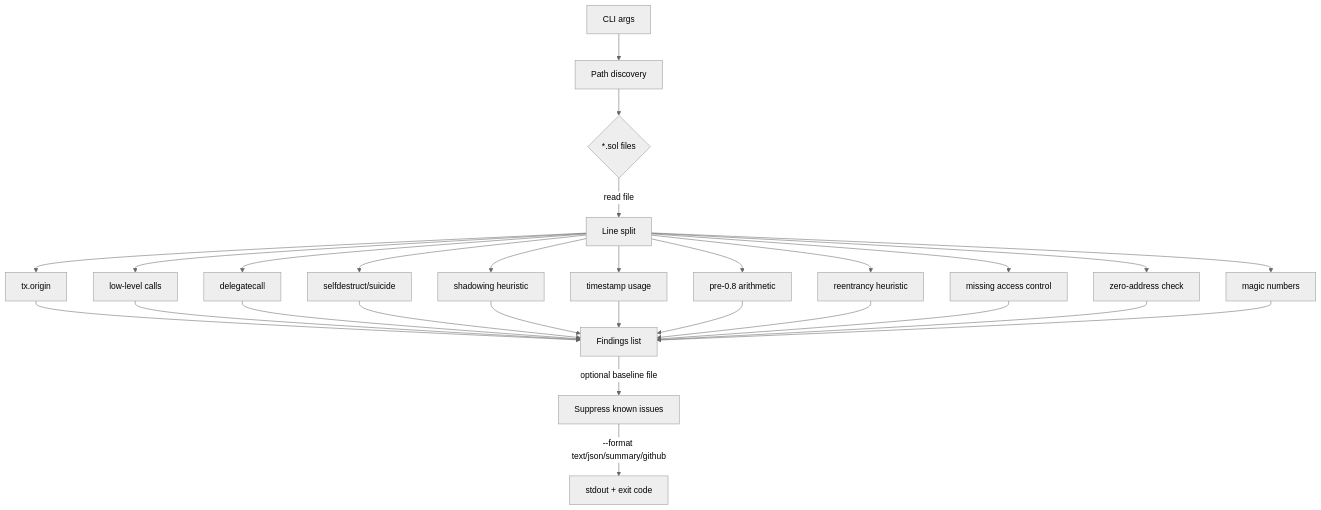
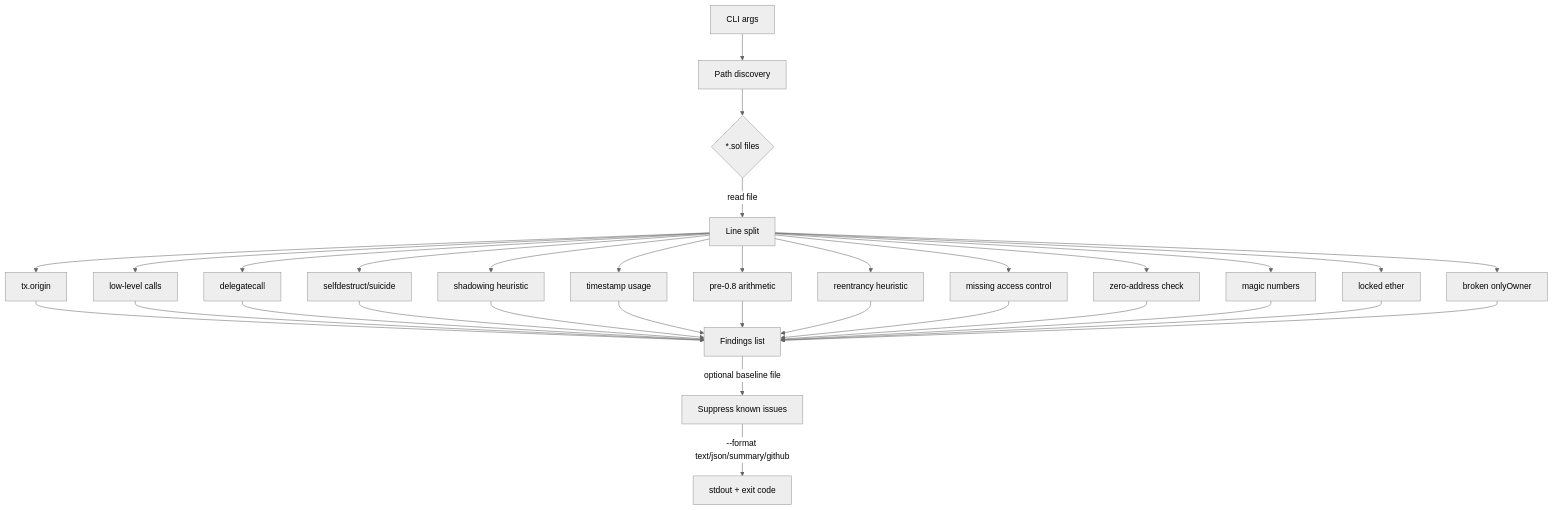
One commit to SibghatUllah1997/audit-agent-py changed the diagram in README.md. Above: the diagram before and after it, drawn with Mermaid (neutral theme). The commit also changed other lines of this file and 3 other files, not shown here.

````diff
--- a/README.md
+++ b/README.md
@@ -229,20 +234,22 @@
 ```mermaid
 flowchart TD
     A[CLI args] --> B[Path discovery]
     B --> C{*.sol files}
     C -->|read file| D[Line split]
     D --> E1[tx.origin]
     D --> E2[low-level calls]
     D --> E3[delegatecall]
     D --> E4[selfdestruct/suicide]
     D --> E5[shadowing heuristic]
     D --> E6[timestamp usage]
     D --> E7[pre-0.8 arithmetic]
     D --> E8[reentrancy heuristic]
     D --> E9[missing access control]
     D --> E10[zero-address check]
     D --> E11[magic numbers]
-    E1 & E2 & E3 & E4 & E5 & E6 & E7 & E8 & E9 & E10 & E11 --> F[Findings list]
+    D --> E12[locked ether]
+    D --> E13[broken onlyOwner]
+    E1 & E2 & E3 & E4 & E5 & E6 & E7 & E8 & E9 & E10 & E11 & E12 & E13 --> F[Findings list]
     F -->|optional baseline file| G[Suppress known issues]
     G -->|--format text/json/summary/github| H[stdout + exit code]
 ```
````
